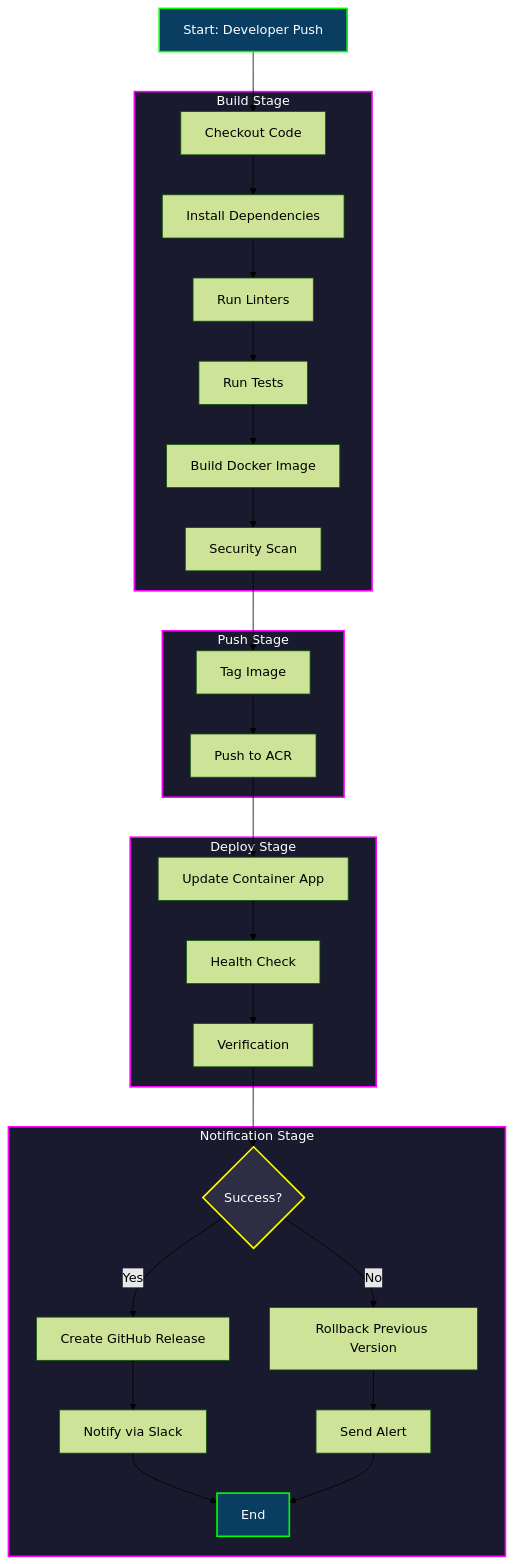
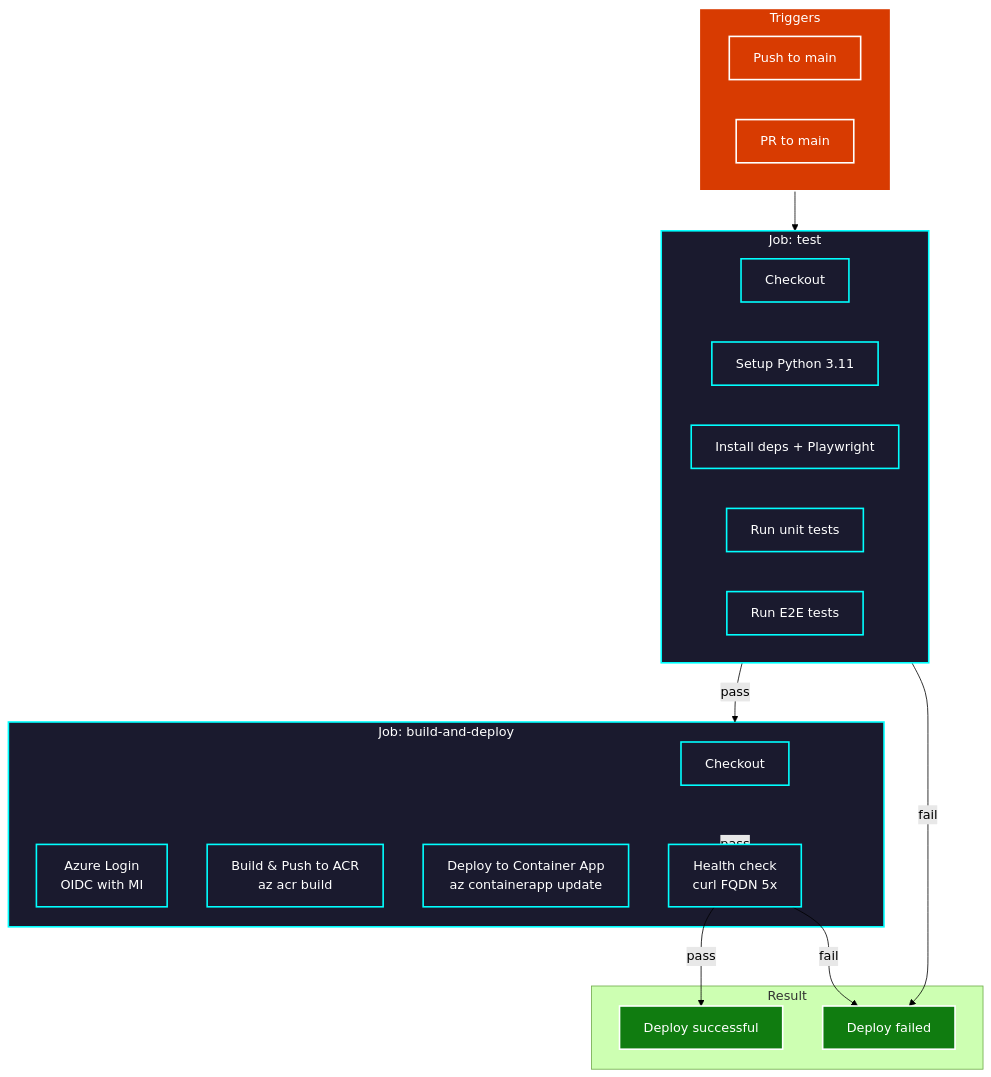
Before and after one commit to mela-malen/hello-cicd: the second of 9 diagrams in docs/diagrams.md, drawn with Mermaid (forest theme). The commit also changed other lines of this file and 3 other files, not shown here.

First line of the commit message:
docs: update infrastructure diagrams with real Azure resources

````diff
--- a/docs/diagrams.md
+++ b/docs/diagrams.md
@@ -101,42 +78,43 @@
 ```mermaid
 flowchart TD
-    START[Start: Developer Push] --> Checkout[Checkout Code]
-
-    subgraph Build["Build Stage"]
-        Checkout --> Install[Install Dependencies]
-        Install --> Lint[Run Linters]
-        Lint --> Test[Run Tests]
-        Test --> BuildDocker[Build Docker Image]
-        BuildDocker --> Scan[Security Scan]
+    subgraph Triggers["Triggers"]
+        PushMain["Push to main"]
+        PR["PR to main"]
     end
 
-    subgraph Push["Push Stage"]
-        Scan --> Tag[Tag Image]
-        Tag --> PushACR[Push to ACR]
+    subgraph Test["Job: test"]
+        CheckoutT["Checkout"]
+        Python["Setup Python 3.11"]
+        Install["Install deps + Playwright"]
+        UnitTest["Run unit tests"]
+        E2ETest["Run E2E tests"]
     end
 
-    subgraph Deploy["Deploy Stage"]
-        PushACR --> UpdateACA[Update Container App]
-        UpdateACA --> HealthCheck[Health Check]
-        HealthCheck --> Verify[Verification]
+    subgraph Build["Job: build-and-deploy"]
+        CheckoutB["Checkout"]
+        AzureLogin["Azure Login\nOIDC with MI"]
+        BuildACR["Build & Push to ACR\naz acr build"]
+        DeployACA["Deploy to Container App\naz containerapp update"]
+        HealthCheck["Health check\ncurl FQDN 5x"]
     end
 
-    subgraph Notify["Notification Stage"]
-        Verify --> Result{Success?}
-        Result -->|Yes| TagRelease[Create GitHub Release]
-        Result -->|No| Rollback[Rollback Previous Version]
-        TagRelease --> Slack[Notify via Slack]
-        Rollback --> Alert[Send Alert]
-        Slack --> END[End]
-        Alert --> END
+    subgraph Result["Result"]
+        Success["Deploy successful"]
+        Fail["Deploy failed"]
     end
 
-    %% Styling
-    classDef stages fill:#1a1a2e,stroke:#ff00ff,stroke-width:2px,color:#fff
-    classDef decision fill:#2d2d44,stroke:#ffff00,stroke-width:2px,color:#fff
-    classDef startend fill:#0a3d62,stroke:#00ff00,stroke-width:2px,color:#fff
+    Triggers --> Test
+    Test -->|pass| Build
+    Test -->|fail| Fail
+    Build -->|pass| HealthCheck
+    HealthCheck -->|pass| Success
+    HealthCheck -->|fail| Fail
 
-    class Build,Push,Deploy,Notify stages
-    class Result decision
-    class START,END startend
+    classDef trigger fill:#d83b01,stroke:#fff,stroke-width:2px,color:#fff
+    classDef job fill:#1a1a2e,stroke:#00ffff,stroke-width:2px,color:#fff
+    classDef result fill:#107c10,stroke:#fff,stroke-width:2px,color:#fff
+
+    class Triggers,PushMain,PR trigger
+    class Test,Build,CheckoutT,Python,Install,UnitTest,E2ETest,CheckoutB,AzureLogin,BuildACR,DeployACA,HealthCheck job
+    class Success,Fail result
 ```
````
